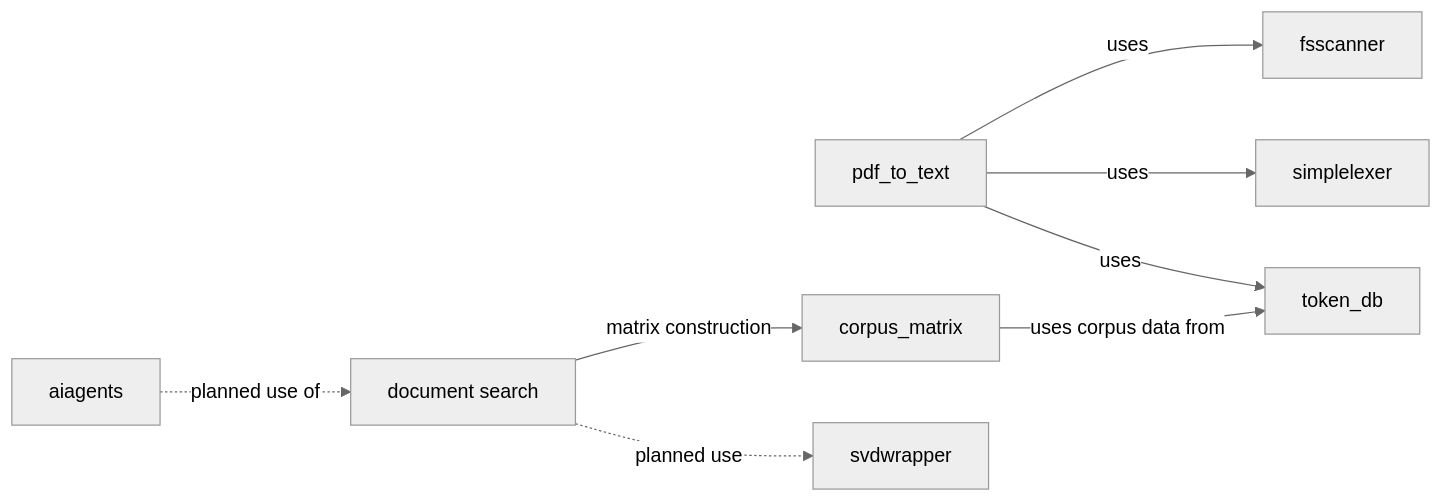
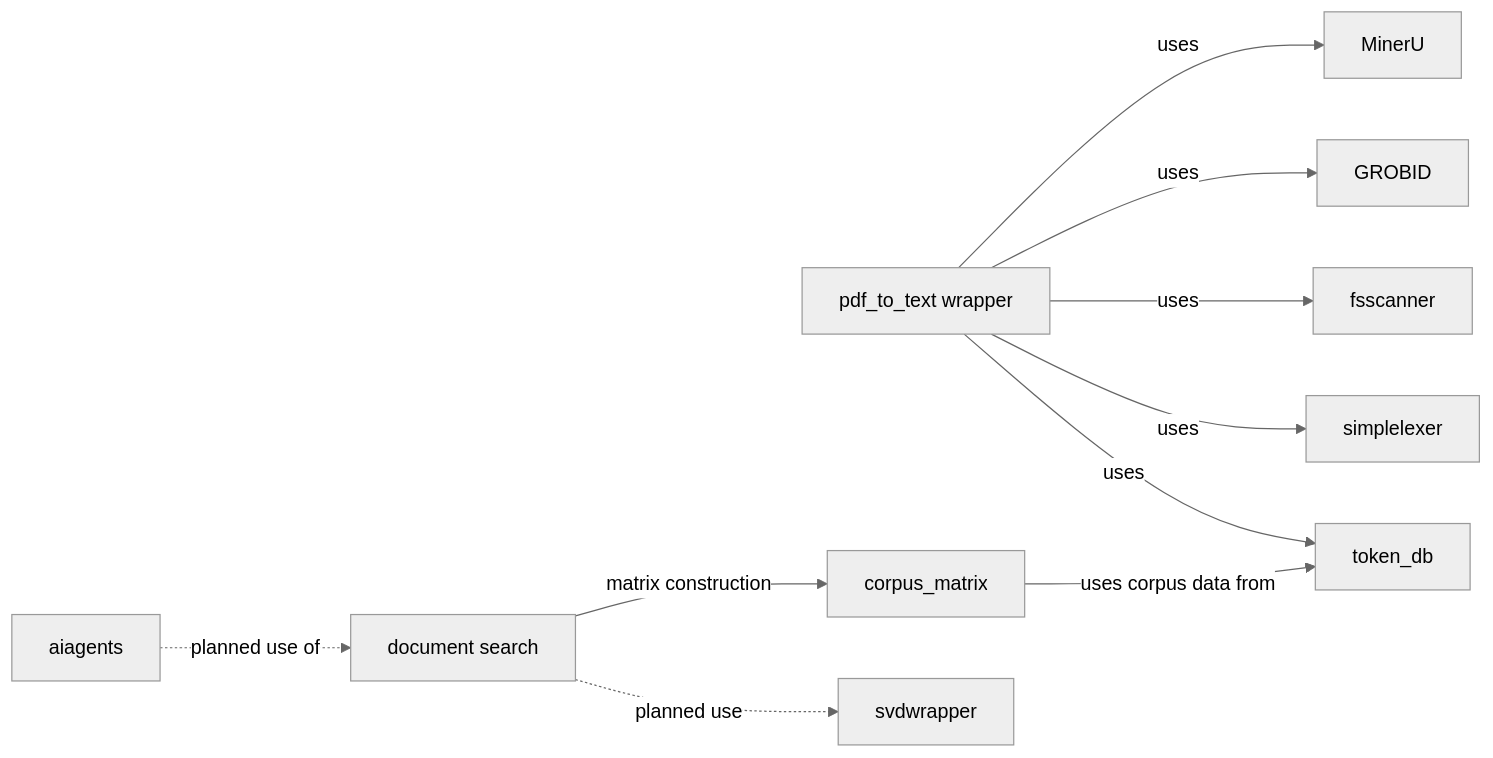
The fourth of 6 diagrams in README.md (witold-k/witold-k), drawn with Mermaid (neutral theme) before and after one commit. The commit also changed other lines of this file, not shown here.

Commit message:
Clarify pdf_to_text wrapper and extraction backends

````diff
--- a/README.md
+++ b/README.md
@@ -74,10 +75,12 @@
 ```mermaid
 flowchart LR
-    P[pdf_to_text] -->|uses| FS[fsscanner]
+    P[pdf_to_text wrapper] -->|uses| MU[MinerU]
+    P -->|uses| GR[GROBID]
+    P -->|uses| FS[fsscanner]
     P -->|uses| LX[simplelexer]
     P -->|uses| T[token_db]
     CM[corpus_matrix] -->|uses corpus data from| T
     SEARCH[document search] -->|matrix construction| CM
     SEARCH -.->|planned use| SVD[svdwrapper]
     A[aiagents] -.->|planned use of| SEARCH
 ```
````
